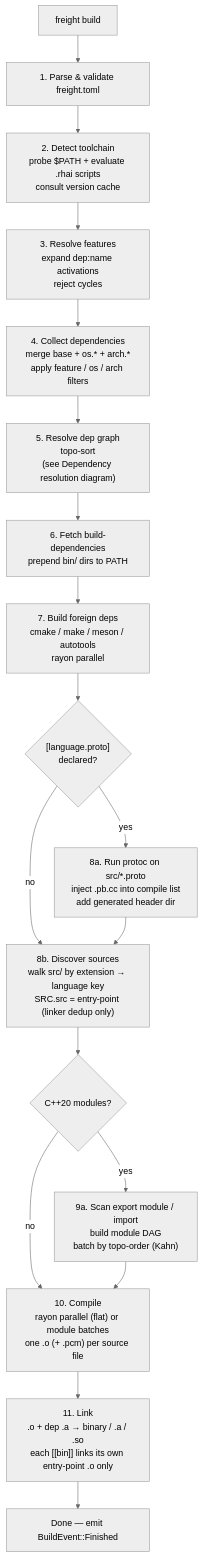
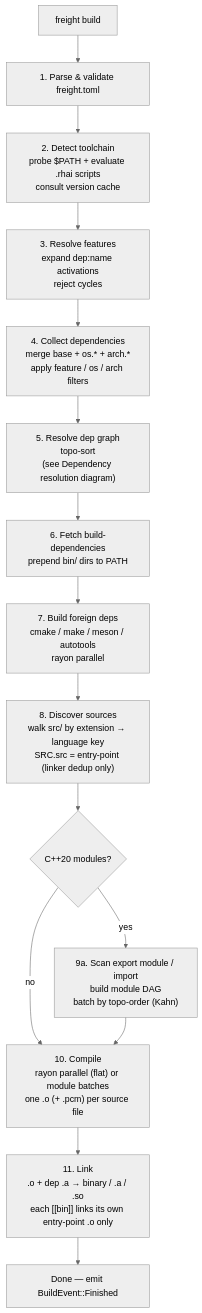
Before and after one commit to freight-app/Freight: the first of 9 diagrams in docs/architecture.md, drawn with Mermaid (neutral theme). The commit also changed 48 other files, not shown here.

````diff
--- a/docs/architecture.md
+++ b/docs/architecture.md
@@ -132,22 +132,19 @@
 ```mermaid
 flowchart TD
     Start["freight build"]
 
     Start --> ParseManifest["1. Parse & validate freight.toml"]
     ParseManifest --> DetectToolchain["2. Detect toolchain\nprobe $PATH + evaluate .rhai scripts\nconsult version cache"]
     DetectToolchain --> ResolveFeatures["3. Resolve features\nexpand dep:name activations\nreject cycles"]
     ResolveFeatures --> CollectDeps["4. Collect dependencies\nmerge base + os.* + arch.*\napply feature / os / arch filters"]
     CollectDeps --> ResolveDeps["5. Resolve dep graph\ntopo-sort\n(see Dependency resolution diagram)"]
     ResolveDeps --> FetchBuildDeps["6. Fetch build-dependencies\nprepend bin/ dirs to PATH"]
     FetchBuildDeps --> ForeignDeps["7. Build foreign deps\ncmake / make / meson / autotools\nrayon parallel"]
-    ForeignDeps --> ProtoCodegen{"[language.proto]\ndeclared?"}
-    ProtoCodegen -->|yes| RunProtoc["8a. Run protoc on src/*.proto\ninject .pb.cc into compile list\nadd generated header dir"]
-    ProtoCodegen -->|no| DiscoverSrc
-    RunProtoc --> DiscoverSrc["8b. Discover sources\nwalk src/ by extension → language key\nSRC.src = entry-point (linker dedup only)"]
+    ForeignDeps --> DiscoverSrc["8. Discover sources\nwalk src/ by extension → language key\nSRC.src = entry-point (linker dedup only)"]
     DiscoverSrc --> ModuleScan{"C++20 modules?"}
     ModuleScan -->|yes| ScanModules["9a. Scan export module / import\nbuild module DAG\nbatch by topo-order (Kahn)"]
     ModuleScan -->|no| Compile
     ScanModules --> Compile["10. Compile\nrayon parallel (flat) or module batches\none .o (+ .pcm) per source file"]
     Compile --> Link["11. Link\n.o + dep .a → binary / .a / .so\neach [[bin]] links its own entry-point .o only"]
     Link --> Done["Done — emit BuildEvent::Finished"]
 ```
````
